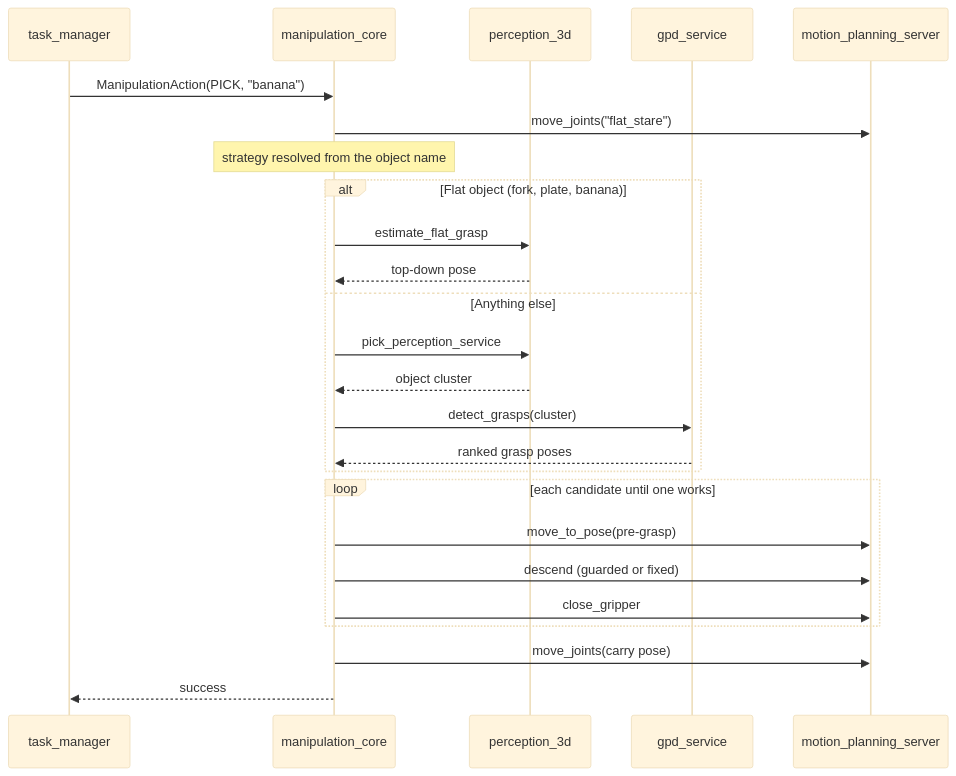
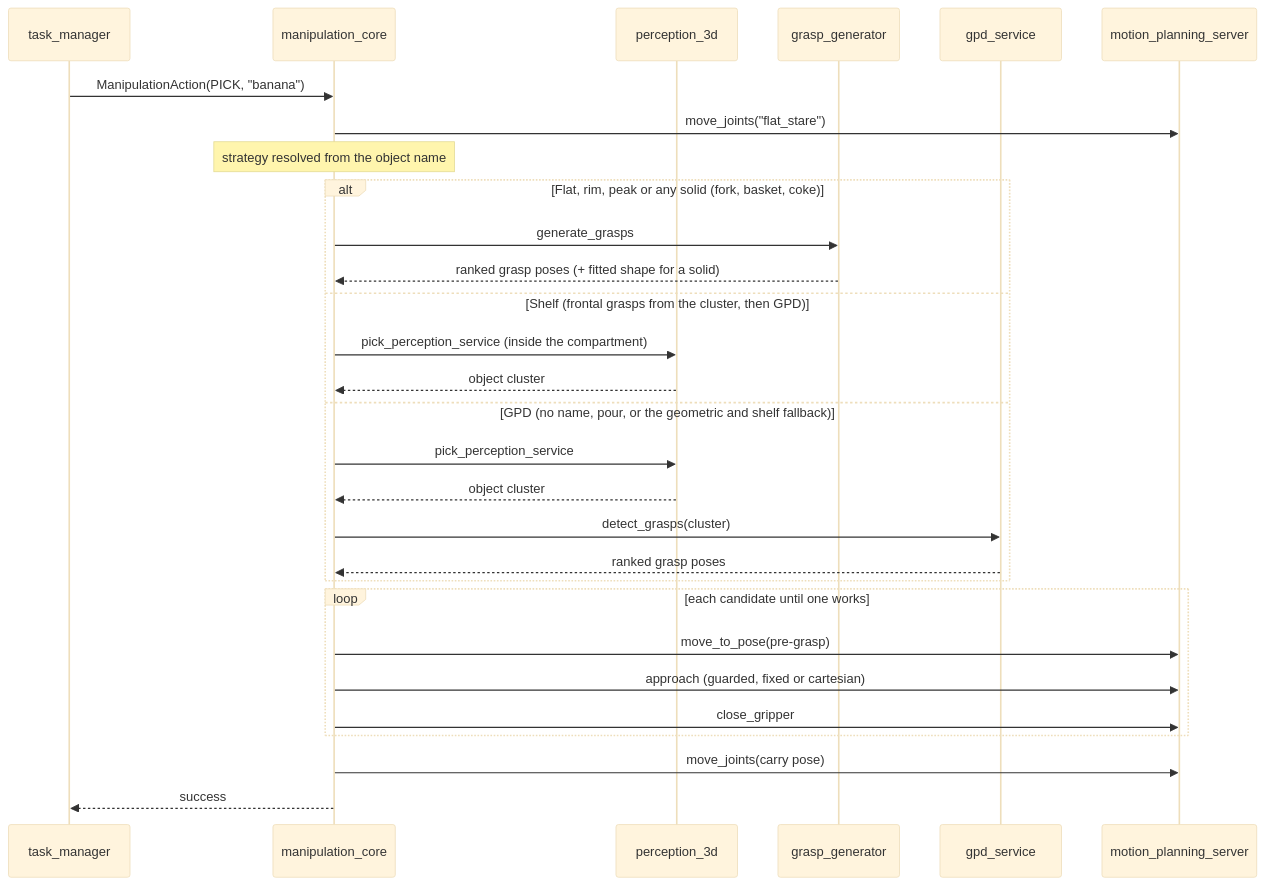
The third of 3 diagrams in manipulation/README.md (RoBorregos/home2), drawn with Mermaid (base theme) before and after one commit. The commit also changed other lines of this file and 293 other files, not shown here.

````diff
--- a/manipulation/README.md
+++ b/manipulation/README.md
@@ -187,31 +184,35 @@
 ```mermaid
 sequenceDiagram
     participant TM as task_manager
     participant C as manipulation_core
     participant P as perception_3d
+    participant N as grasp_generator
     participant G as gpd_service
     participant M as motion_planning_server
 
     TM->>C: ManipulationAction(PICK, "banana")
     C->>M: move_joints("flat_stare")
     Note over C: strategy resolved from the object name
 
-    alt Flat object (fork, plate, banana)
-        C->>P: estimate_flat_grasp
-        P-->>C: top-down pose
-    else Anything else
+    alt Flat, rim, peak or any solid (fork, basket, coke)
+        C->>N: generate_grasps
+        N-->>C: ranked grasp poses (+ fitted shape for a solid)
+    else Shelf (frontal grasps from the cluster, then GPD)
+        C->>P: pick_perception_service (inside the compartment)
+        P-->>C: object cluster
+    else GPD (no name, pour, or the geometric and shelf fallback)
         C->>P: pick_perception_service
         P-->>C: object cluster
         C->>G: detect_grasps(cluster)
         G-->>C: ranked grasp poses
     end
 
     loop each candidate until one works
         C->>M: move_to_pose(pre-grasp)
-        C->>M: descend (guarded or fixed)
+        C->>M: approach (guarded, fixed or cartesian)
         C->>M: close_gripper
     end
 
     C->>M: move_joints(carry pose)
     C-->>TM: success
 ```
````
